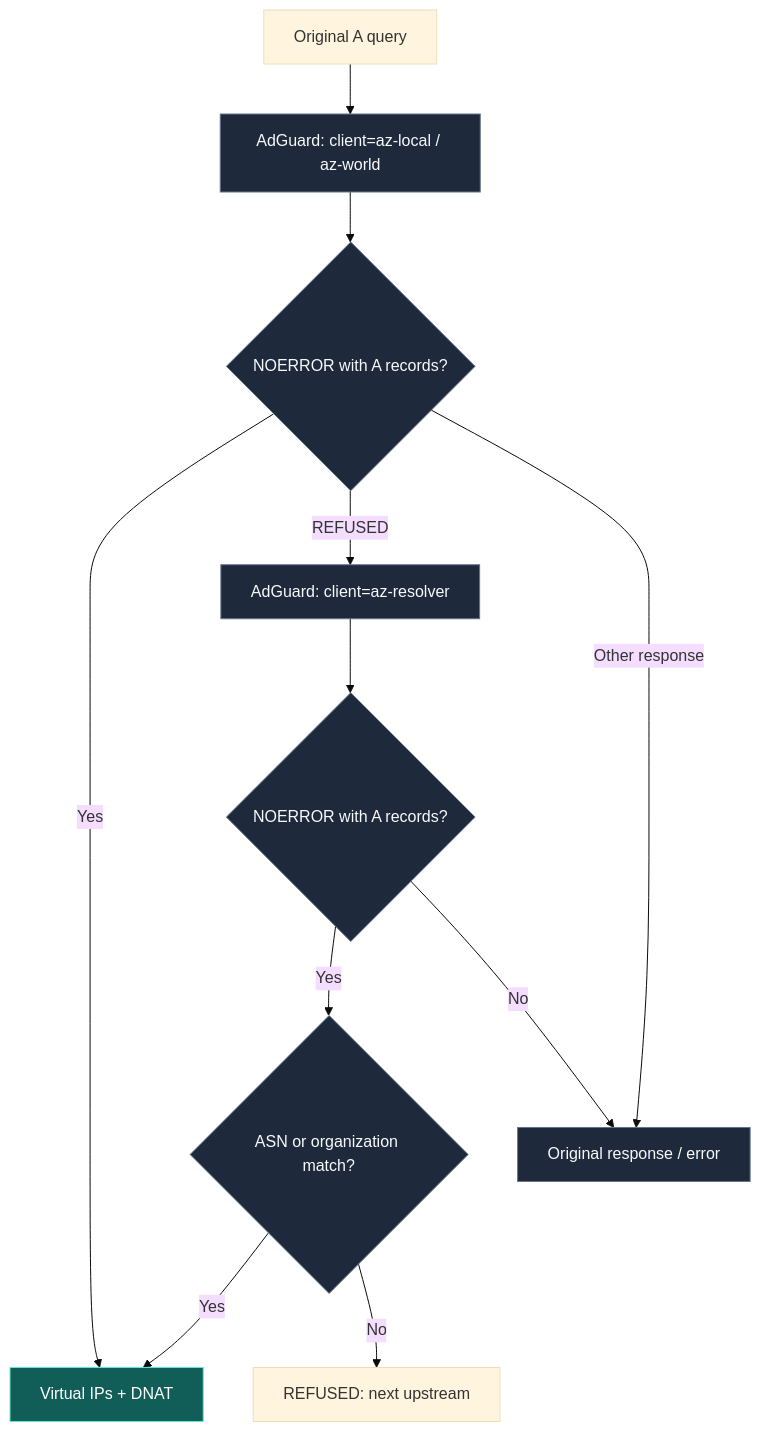
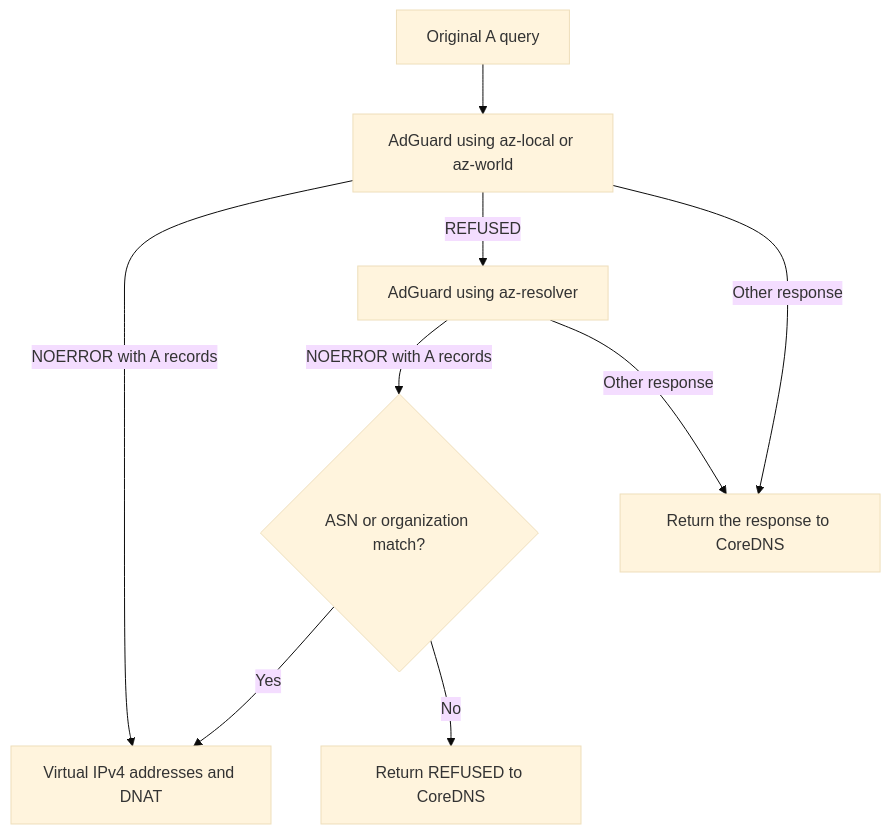
Before and after one commit to xtrime-ru/antizapret-vpn-docker: the third of 3 diagrams in README.md, drawn with Mermaid (base theme). The commit also changed other lines of this file and 1 other file, not shown here.

````diff
--- a/README.md
+++ b/README.md
@@ -848,18 +835,11 @@
 ```mermaid
 flowchart TB
-    q["Original A query"] --> first["AdGuard: client=az-local / az-world"]
-    first --> has{"NOERROR with A records?"}
-    has -->|Yes| mapped["Virtual IPs + DNAT"]
-    has -->|REFUSED| direct["AdGuard: client=az-resolver"]
-    has -->|Other response| err["Original response / error"]
-    direct --> res{"NOERROR with A records?"}
-    res -->|Yes| asn{"ASN or organization match?"}
-    res -->|No| err
-    asn -->|Yes| mapped
-    asn -->|No| fail["REFUSED: next upstream"]
-    classDef service fill:#1e293b,stroke:#64748b,color:#f8fafc
-    classDef exit fill:#312e81,stroke:#a5b4fc,color:#ffffff
-    classDef mapped fill:#115e59,stroke:#5eead4,color:#ffffff
-    class first,direct,err,has,res,asn service
-    class mapped mapped
+    query["Original A query"] --> exit_query["AdGuard using az-local or az-world"]
+    exit_query -->|NOERROR with A records| mapped["Virtual IPv4 addresses and DNAT"]
+    exit_query -->|REFUSED| resolver["AdGuard using az-resolver"]
+    exit_query -->|Other response| original["Return the response to CoreDNS"]
+    resolver -->|NOERROR with A records| asn_match{"ASN or organization match?"}
+    resolver -->|Other response| original
+    asn_match -->|Yes| mapped
+    asn_match -->|No| refused["Return REFUSED to CoreDNS"]
 ```
````
